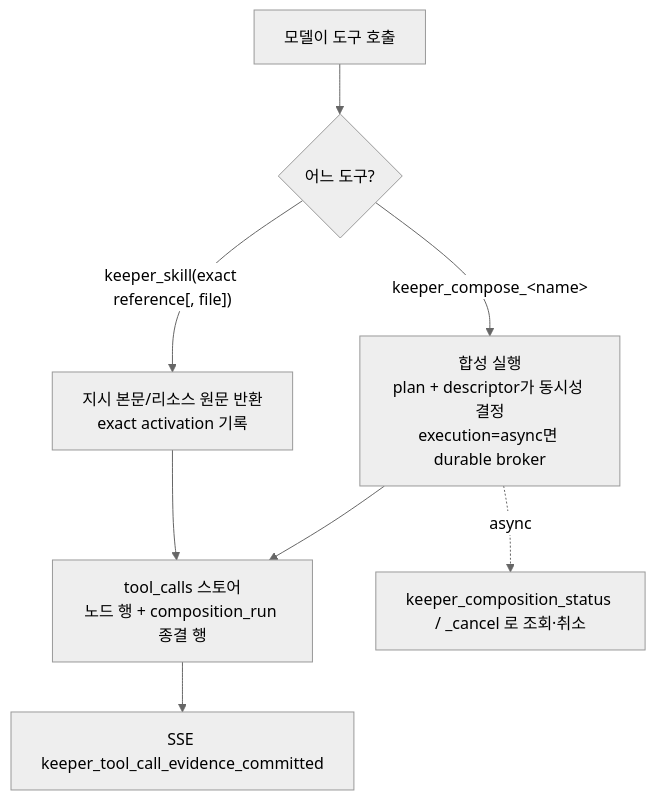
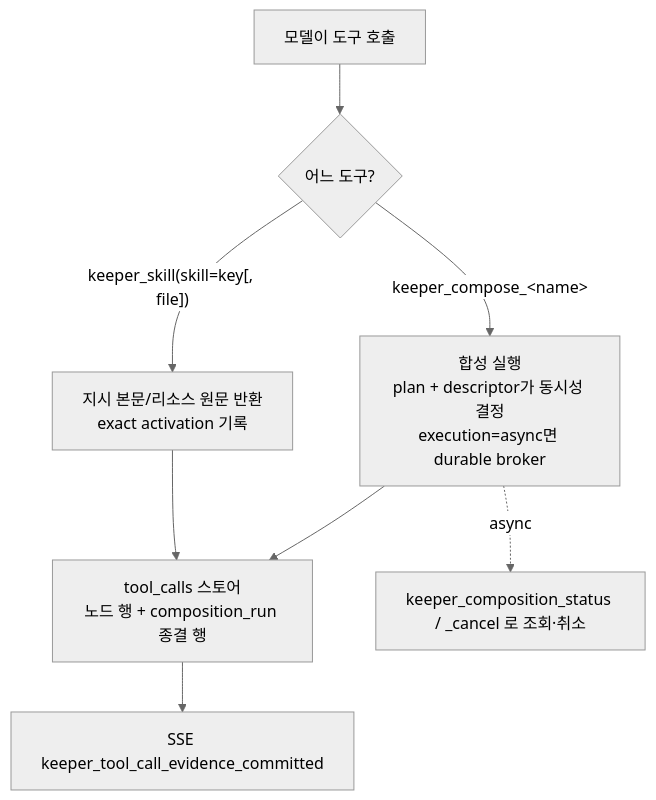
The fourth of 4 diagrams in docs/SKILLS-FLOW.md (jeong-sik/masc), drawn with Mermaid (neutral theme) before and after one commit. The commit also changed other lines of this file and 10 other files, not shown here.

````diff
--- a/docs/SKILLS-FLOW.md
+++ b/docs/SKILLS-FLOW.md
@@ -187,10 +190,10 @@
 ```mermaid
 flowchart TD
   M["모델이 도구 호출"] --> K{"어느 도구?"}
   K -->|"keeper_compose_&lt;name&gt;"| CR["합성 실행<br/>plan + descriptor가 동시성 결정<br/>execution=async면 durable broker"]
-  K -->|"keeper_skill(exact reference[, file])"| IR["지시 본문/리소스 원문 반환<br/>exact activation 기록"]
+  K -->|"keeper_skill(skill=key[, file])"| IR["지시 본문/리소스 원문 반환<br/>exact activation 기록"]
   CR --> EV["tool_calls 스토어<br/>노드 행 + composition_run 종결 행"]
   IR --> EV
   EV --> SSE["SSE keeper_tool_call_evidence_committed"]
   CR -.->|"async"| ST["keeper_composition_status / _cancel 로 조회·취소"]
 ```
````
